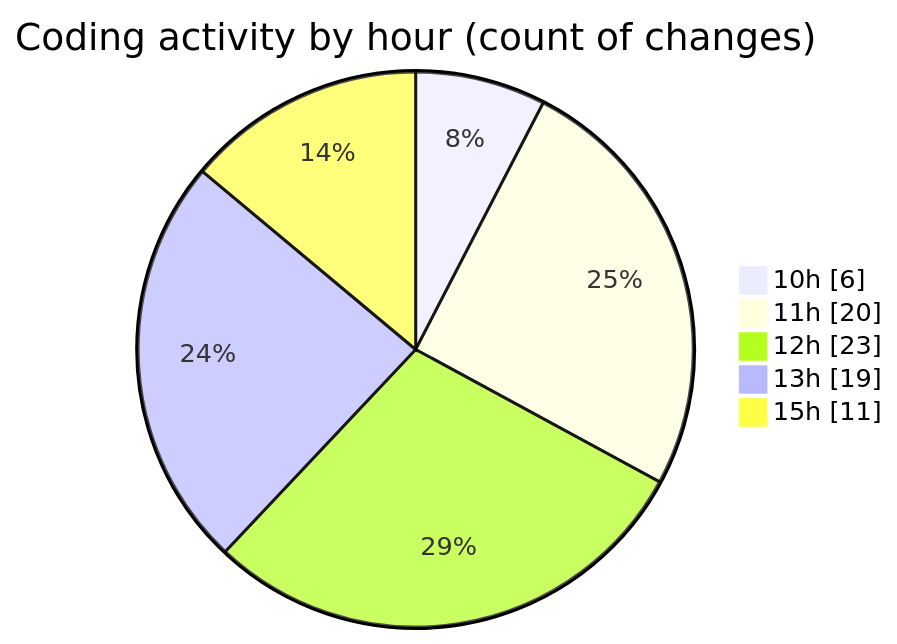
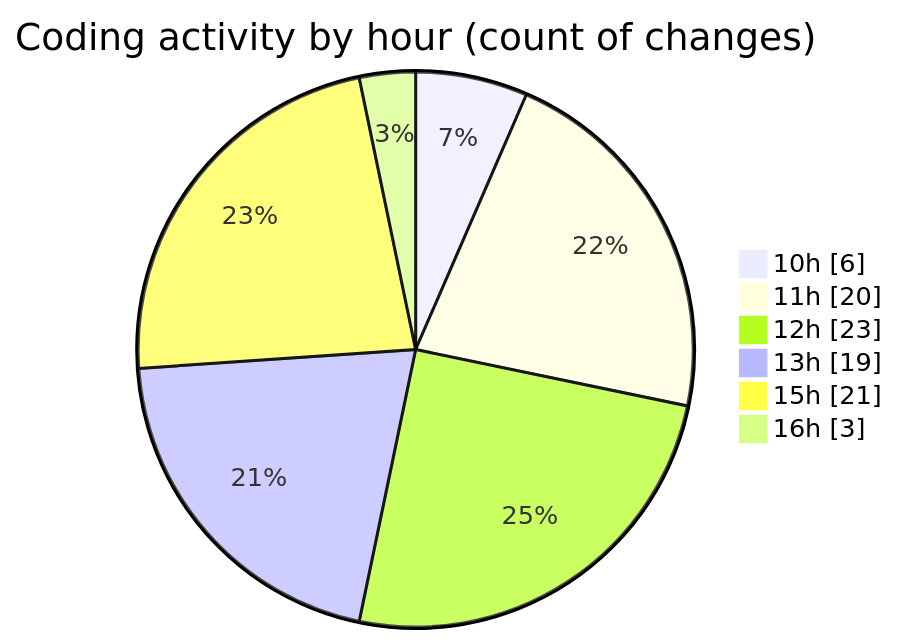
Before and after one commit to nxtqubesakshisongat/code-tracking: the second of 2 diagrams in 2025-05-05/nxtqube_webapp/README.md, drawn with Mermaid. The commit also changed other lines of this file and 1 other file, not shown here.

````diff
--- a/2025-05-05/nxtqube_webapp/README.md
+++ b/2025-05-05/nxtqube_webapp/README.md
@@ -31,9 +32,10 @@
 ```mermaid
 pie showData
 title Coding activity by hour (count of changes)
 "10h" : 6
 "11h" : 20
 "12h" : 23
 "13h" : 19
-"15h" : 11
+"15h" : 21
+"16h" : 3
 ```
````
